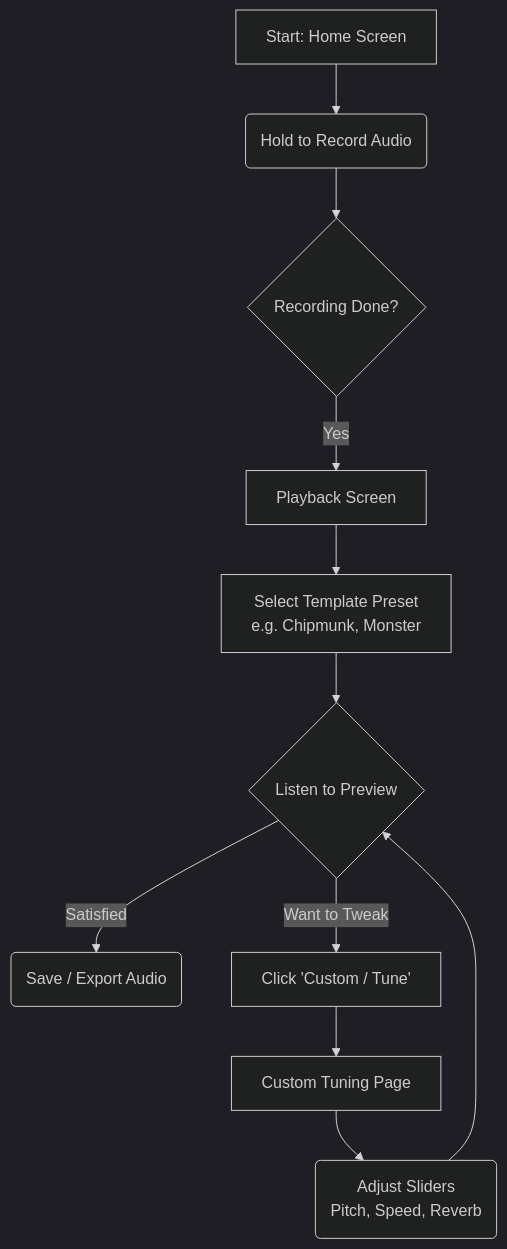
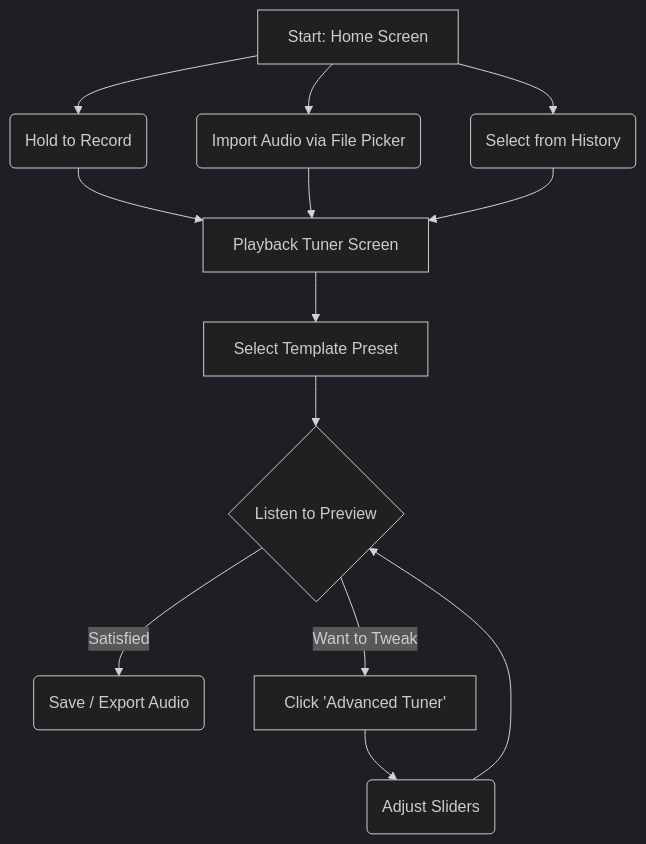
Before and after one commit to nunutech40/VoiceChanger: the diagram in PRD.md, drawn with Mermaid (dark theme). The commit also changed other lines of this file and 2 other files, not shown here.

Commit message:
docs: sync documentation with current US market and Clean Architecture state

````diff
--- a/PRD.md
+++ b/PRD.md
@@ -34,13 +36,18 @@
 ```mermaid
 graph TD
-    A[Start: Home Screen] --> B(Hold to Record Audio)
-    B --> C{Recording Done?}
-    C -- Yes --> D[Playback Screen]
-    D --> E[Select Template Preset<br>e.g. Chipmunk, Monster]
-    E --> F{Listen to Preview}
-    F -- Satisfied --> G(Save / Export Audio)
-    F -- Want to Tweak --> H[Click 'Custom / Tune']
-    H --> I[Custom Tuning Page]
-    I --> J(Adjust Sliders<br>Pitch, Speed, Reverb)
-    J --> F
+    A[Start: Home Screen]
+    A --> B(Hold to Record)
+    A --> C(Import Audio via File Picker)
+    A --> D(Select from History)
+    
+    B --> E[Playback Tuner Screen]
+    C --> E
+    D --> E
+    
+    E --> F[Select Template Preset]
+    F --> G{Listen to Preview}
+    G -- Satisfied --> H(Save / Export Audio)
+    G -- Want to Tweak --> I[Click 'Advanced Tuner']
+    I --> J(Adjust Sliders)
+    J --> G
 ```
````
